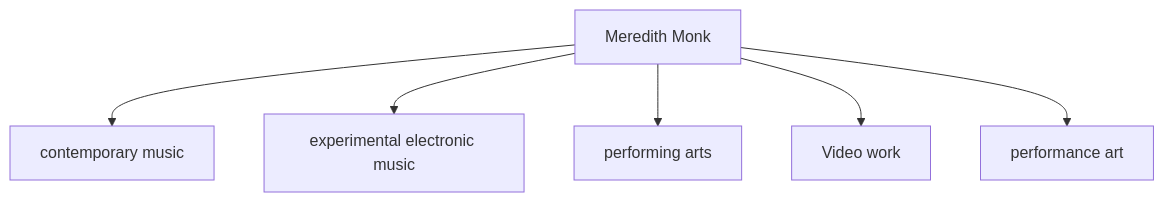
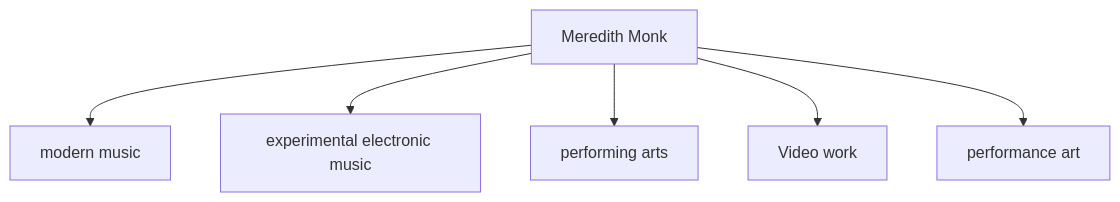
Before and after one commit to monumental-movement/monumental-movement.github.io: the fifth of 5 diagrams in en/_posts/2026-05-30-column-meredith-monk.md, drawn with Mermaid. The commit also changed other lines of this file and 1012 other files, not shown here.

```diff
--- a/en/_posts/2026-05-30-column-meredith-monk.md
+++ b/en/_posts/2026-05-30-column-meredith-monk.md
@@ -277,8 +277,8 @@
 <div class="mermaid">
 graph TD
-A[Meredith Monk] --> B[contemporary music]
+A[Meredith Monk] --> B[modern music]
 A --> C[experimental electronic music]
 A --> D[performing arts]
 A --> E[Video work]
 A --> F[performance art]
 </div>
```
